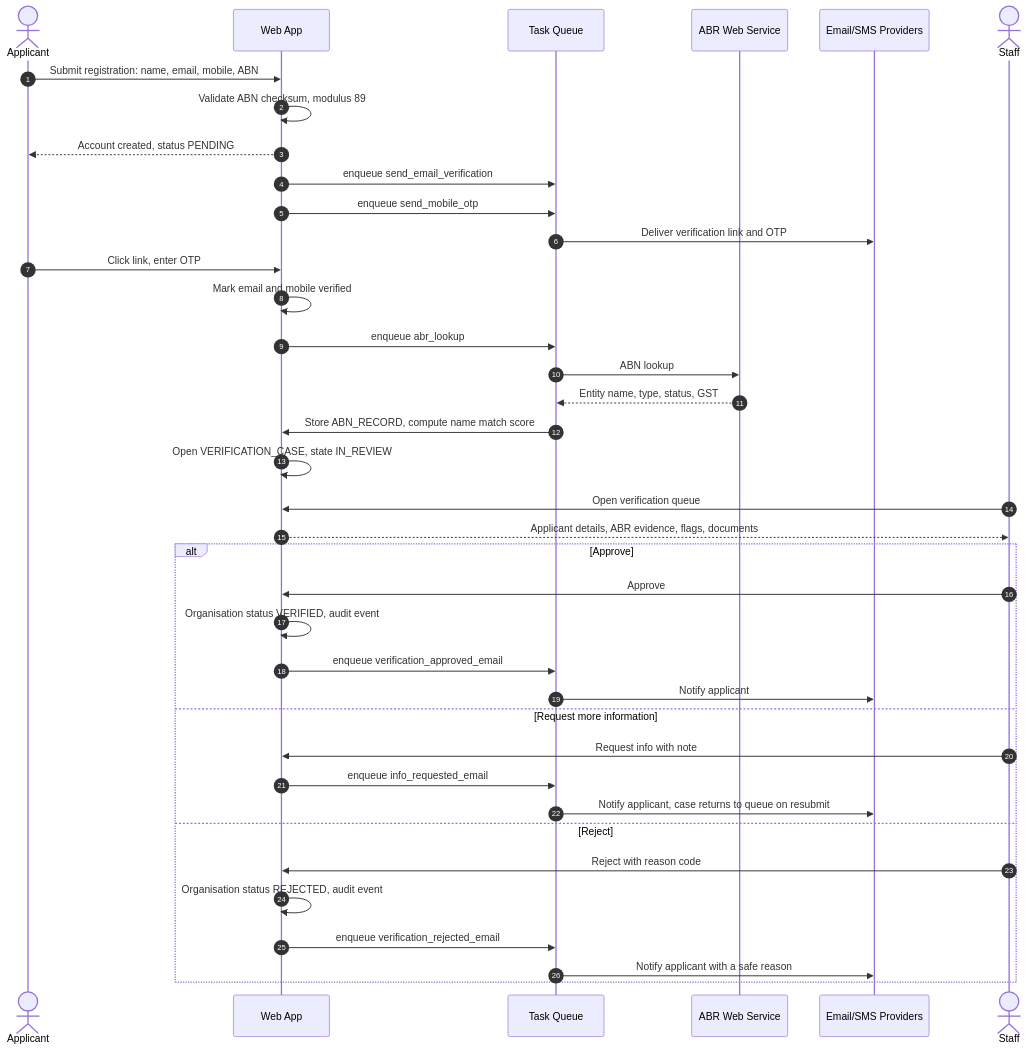
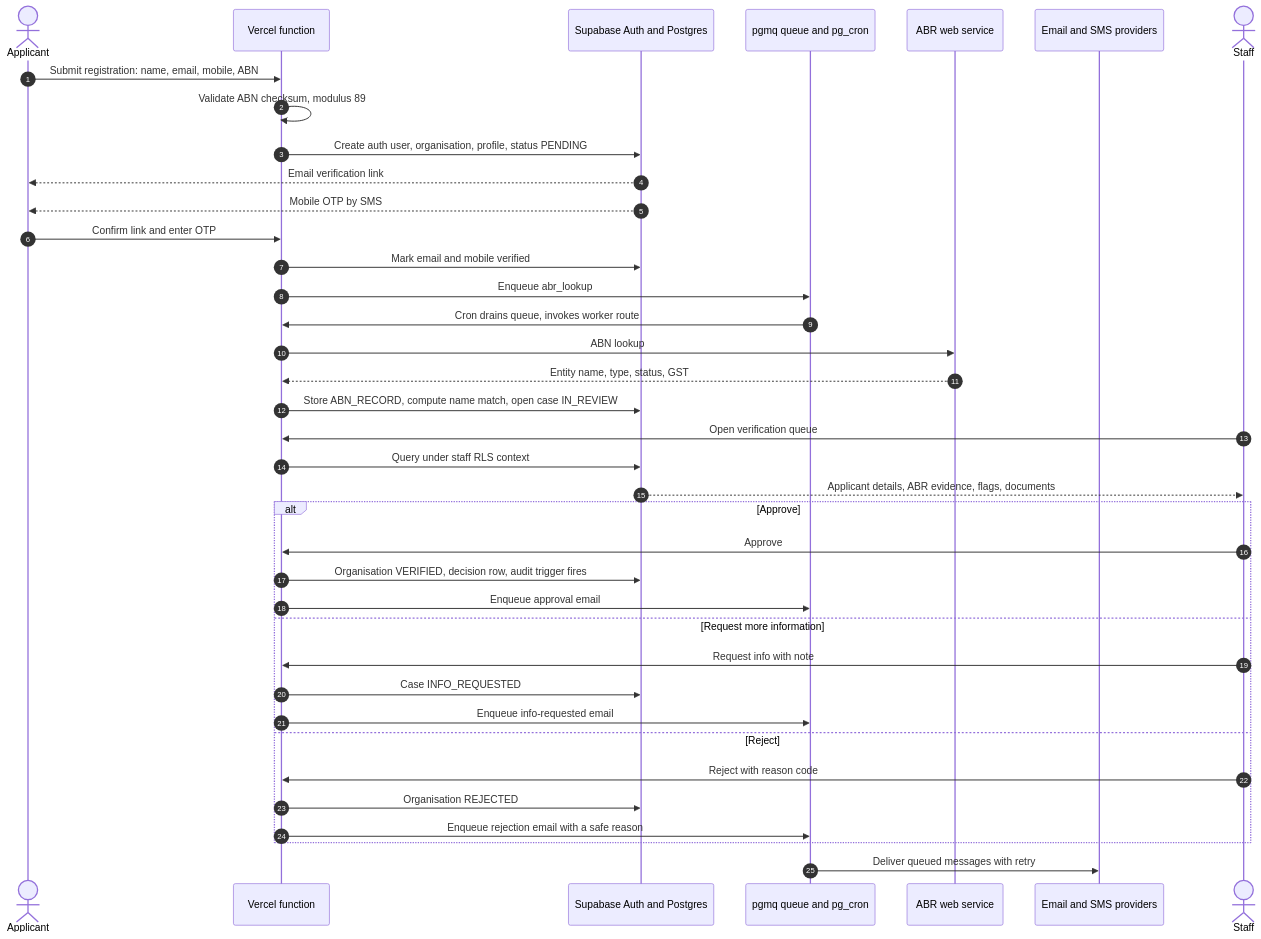
Before and after one commit to andrewbruno/ab-verified: the fifth of 11 diagrams in docs/SPEC.md, drawn with Mermaid. The commit also changed other lines of this file, not shown here.

First line of the commit message:
Rework the spec for Vercel, Supabase and RLS

````diff
--- a/docs/SPEC.md
+++ b/docs/SPEC.md
@@ -412,41 +450,41 @@
 ```mermaid
 sequenceDiagram
     autonumber
     actor A as Applicant
-    participant W as Web App
-    participant Q as Task Queue
-    participant ABR as ABR Web Service
-    participant M as Email/SMS Providers
+    participant V as Vercel function
+    participant SB as Supabase Auth and Postgres
+    participant Q as pgmq queue and pg_cron
+    participant ABR as ABR web service
+    participant M as Email and SMS providers
     actor S as Staff
 
-    A->>W: Submit registration: name, email, mobile, ABN
-    W->>W: Validate ABN checksum, modulus 89
-    W-->>A: Account created, status PENDING
-    W->>Q: enqueue send_email_verification
-    W->>Q: enqueue send_mobile_otp
-    Q->>M: Deliver verification link and OTP
-    A->>W: Click link, enter OTP
-    W->>W: Mark email and mobile verified
-    W->>Q: enqueue abr_lookup
-    Q->>ABR: ABN lookup
-    ABR-->>Q: Entity name, type, status, GST
-    Q->>W: Store ABN_RECORD, compute name match score
-    W->>W: Open VERIFICATION_CASE, state IN_REVIEW
-    S->>W: Open verification queue
-    W-->>S: Applicant details, ABR evidence, flags, documents
+    A->>V: Submit registration: name, email, mobile, ABN
+    V->>V: Validate ABN checksum, modulus 89
+    V->>SB: Create auth user, organisation, profile, status PENDING
+    SB-->>A: Email verification link
+    SB-->>A: Mobile OTP by SMS
+    A->>V: Confirm link and enter OTP
+    V->>SB: Mark email and mobile verified
+    V->>Q: Enqueue abr_lookup
+    Q->>V: Cron drains queue, invokes worker route
+    V->>ABR: ABN lookup
+    ABR-->>V: Entity name, type, status, GST
+    V->>SB: Store ABN_RECORD, compute name match, open case IN_REVIEW
+    S->>V: Open verification queue
+    V->>SB: Query under staff RLS context
+    SB-->>S: Applicant details, ABR evidence, flags, documents
     alt Approve
-        S->>W: Approve
-        W->>W: Organisation status VERIFIED, audit event
-        W->>Q: enqueue verification_approved_email
-        Q->>M: Notify applicant
+        S->>V: Approve
+        V->>SB: Organisation VERIFIED, decision row, audit trigger fires
+        V->>Q: Enqueue approval email
     else Request more information
-        S->>W: Request info with note
-        W->>Q: enqueue info_requested_email
-        Q->>M: Notify applicant, case returns to queue on resubmit
+        S->>V: Request info with note
+        V->>SB: Case INFO_REQUESTED
+        V->>Q: Enqueue info-requested email
     else Reject
-        S->>W: Reject with reason code
-        W->>W: Organisation status REJECTED, audit event
-        W->>Q: enqueue verification_rejected_email
-        Q->>M: Notify applicant with a safe reason
+        S->>V: Reject with reason code
+        V->>SB: Organisation REJECTED
+        V->>Q: Enqueue rejection email with a safe reason
     end
+    Q->>M: Deliver queued messages with retry
 ```
````
